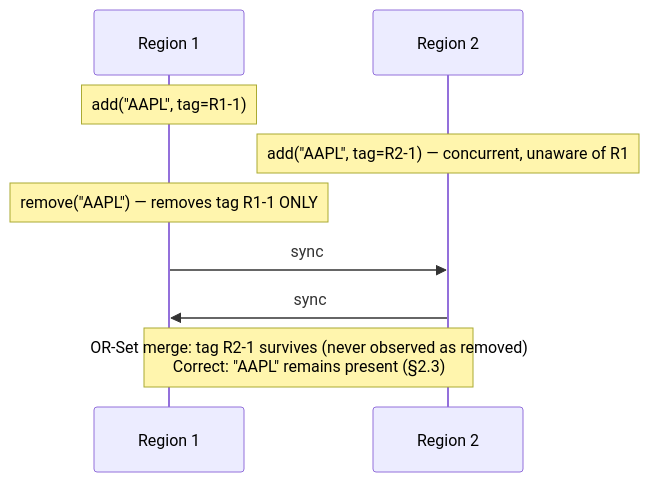
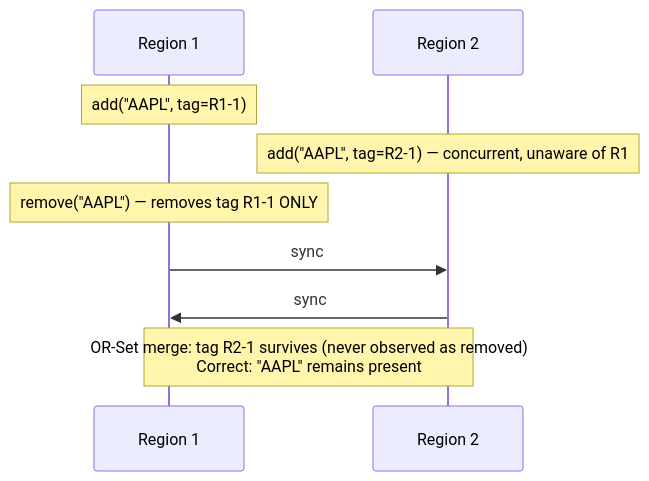
One commit to umashankarp/InterviewQuestions changed the second of 4 diagrams in 16-Distributed-Systems/04-CRDTs-Conflict-Free-Replicated-Data-Types.md. Above: the diagram before and after it, drawn with Mermaid. The commit also changed other lines of this file and 173 other files, not shown here.

````diff
--- a/16-Distributed-Systems/04-CRDTs-Conflict-Free-Replicated-Data-Types.md
+++ b/16-Distributed-Systems/04-CRDTs-Conflict-Free-Replicated-Data-Types.md
@@ -79,12 +79,12 @@
 ```mermaid
 sequenceDiagram
-    participant R1 as Region 1
-    participant R2 as Region 2
+ participant R1 as Region 1
+ participant R2 as Region 2
 
-    Note over R1: add("AAPL", tag=R1-1)
-    Note over R2: add("AAPL", tag=R2-1) — concurrent, unaware of R1
-    Note over R1: remove("AAPL") — removes tag R1-1 ONLY
-    R1->>R2: sync
-    R2->>R1: sync
-    Note over R1,R2: OR-Set merge: tag R2-1 survives (never observed as removed)<br/>Correct: "AAPL" remains present (§2.3)
+ Note over R1: add("AAPL", tag=R1-1)
+ Note over R2: add("AAPL", tag=R2-1) — concurrent, unaware of R1
+ Note over R1: remove("AAPL") — removes tag R1-1 ONLY
+ R1->>R2: sync
+ R2->>R1: sync
+ Note over R1,R2: OR-Set merge: tag R2-1 survives (never observed as removed)<br/>Correct: "AAPL" remains present
 ```
````
